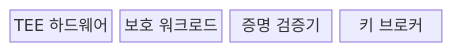
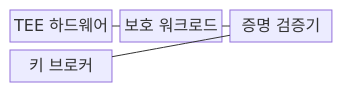
One commit to agnusdei1207/knowledge-base changed the first of 2 diagrams in src/content/docs/notes/05-security/019_confidential_computing.md. Above: the diagram before and after it, drawn with Mermaid. The commit also changed other lines of this file and 151 other files, not shown here.

````diff
--- a/src/content/docs/notes/05-security/019_confidential_computing.md
+++ b/src/content/docs/notes/05-security/019_confidential_computing.md
@@ -63,8 +63,11 @@
 ```mermaid
 block-beta
-    columns 4
+    columns 3
     H["TEE 하드웨어"]
     W["보호 워크로드"]
     V["증명 검증기"]
     K["키 브로커"]
+    H --- W
+    W --- V
+    V --- K
 ```
````
